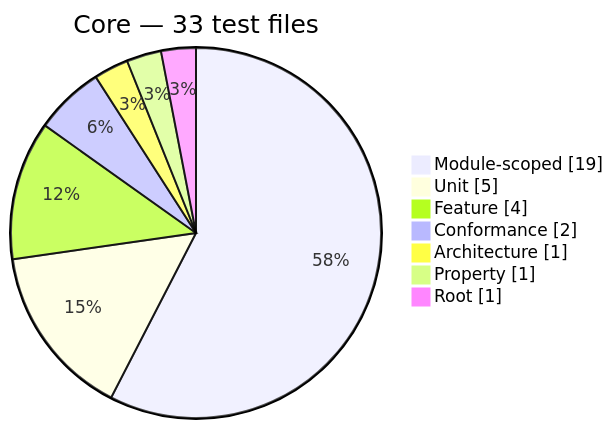
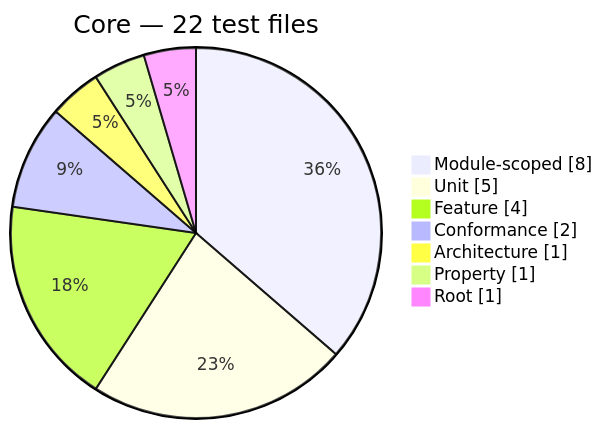
One commit to Mohammed-Alama/php-arazzo changed the first of 2 diagrams in docs/generated/test-composition.md. Above: the diagram before and after it, drawn with Mermaid. The commit also changed other lines of this file and 38 other files, not shown here.

````diff
--- a/docs/generated/test-composition.md
+++ b/docs/generated/test-composition.md
@@ -14,11 +14,11 @@
 ```mermaid
 pie showData
-    title Core — 33 test files
-    "Module-scoped": 19
+    title Core — 22 test files
+    "Module-scoped": 8
     "Unit": 5
     "Feature": 4
     "Conformance": 2
     "Architecture": 1
     "Property": 1
     "Root": 1
 ```
````
